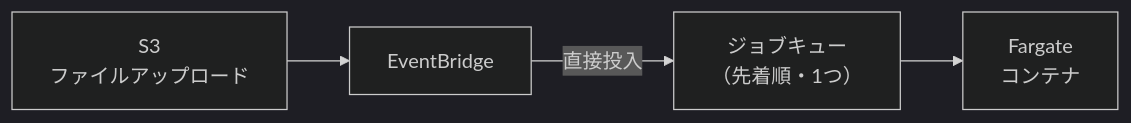
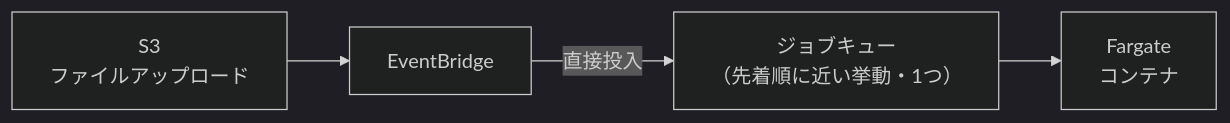
Before and after one commit to bwkw/zenn: the first of 2 diagrams in articles/aws-batch-fair-share.md, drawn with Mermaid (dark theme). The commit also changed other lines of this file, not shown here.

````diff
--- a/articles/aws-batch-fair-share.md
+++ b/articles/aws-batch-fair-share.md
@@ -42,6 +42,6 @@
 ```mermaid
 flowchart LR
     S3["S3\nファイルアップロード"] --> EB["EventBridge"]
-    EB -->|"直接投入"| JQ["ジョブキュー\n（先着順・1つ）"]
+    EB -->|"直接投入"| JQ["ジョブキュー\n（先着順に近い挙動・1つ）"]
     JQ --> CE["Fargate\nコンテナ"]
 ```
````
